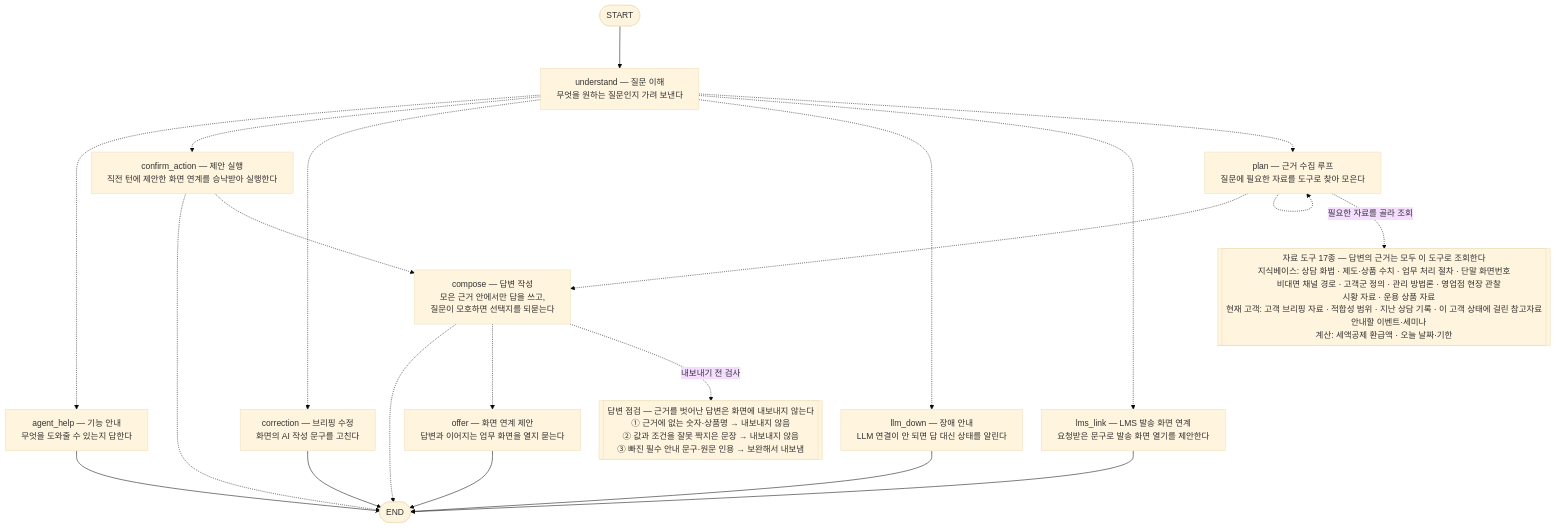
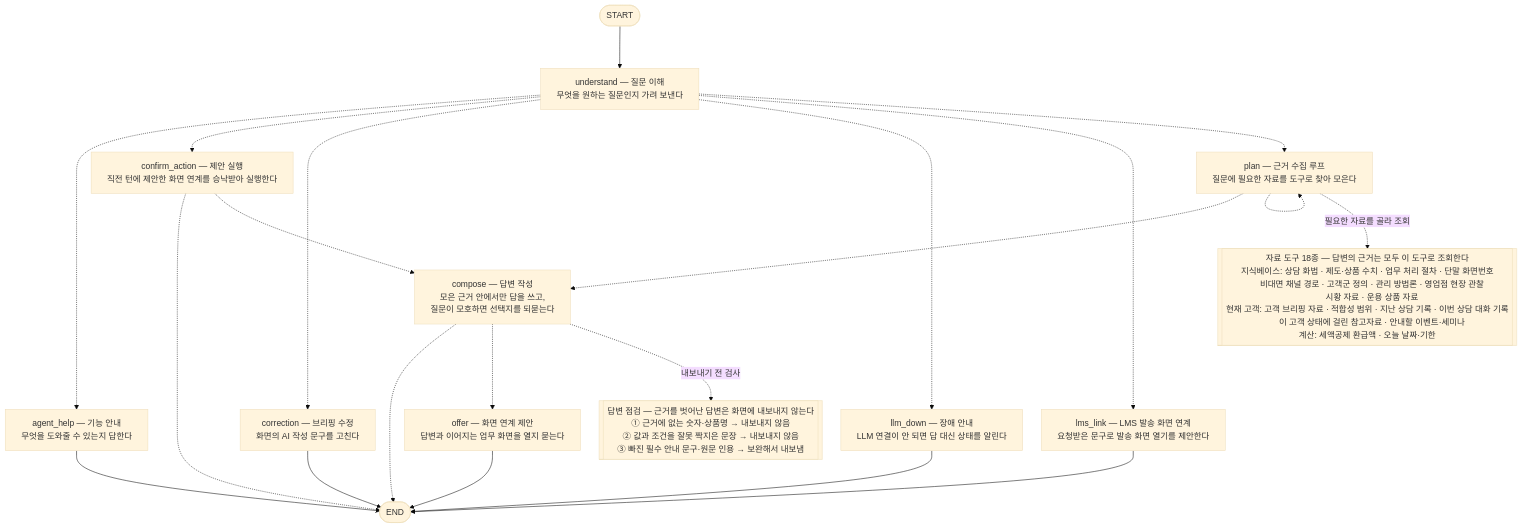
One commit to 09sunwoo-a/Pension_agent changed the diagram in src/pension_agent/consult_agent/README.md. Above: the diagram before and after it, drawn with Mermaid (base theme). The commit also changed other lines of this file and 12 other files, not shown here.

````diff
--- a/src/pension_agent/consult_agent/README.md
+++ b/src/pension_agent/consult_agent/README.md
@@ -177,37 +177,37 @@
 ```mermaid
 %%{init: {"flowchart": {"wrappingWidth": 800, "nodeSpacing": 35, "rankSpacing": 80}}}%%
 flowchart TD
     __start__([START])
     understand["understand — 질문 이해<br/>무엇을 원하는 질문인지 가려 보낸다"]
     agent_help["agent_help — 기능 안내<br/>무엇을 도와줄 수 있는지 답한다"]
     plan["plan — 근거 수집 루프<br/>질문에 필요한 자료를 도구로 찾아 모은다"]
     compose["compose — 답변 작성<br/>모은 근거 안에서만 답을 쓰고,<br/>질문이 모호하면 선택지를 되묻는다"]
     lms_link["lms_link — LMS 발송 화면 연계<br/>요청받은 문구로 발송 화면 열기를 제안한다"]
     correction["correction — 브리핑 수정<br/>화면의 AI 작성 문구를 고친다"]
     llm_down["llm_down — 장애 안내<br/>LLM 연결이 안 되면 답 대신 상태를 알린다"]
     confirm_action["confirm_action — 제안 실행<br/>직전 턴에 제안한 화면 연계를 승낙받아 실행한다"]
     offer["offer — 화면 연계 제안<br/>답변과 이어지는 업무 화면을 열지 묻는다"]
     __end__([END])
     __start__ --> understand
     compose -.-> __end__
     compose -.-> offer
     confirm_action -.-> __end__
     confirm_action -.-> compose
     plan -.-> compose
     plan -.-> plan
     understand -.-> agent_help
     understand -.-> confirm_action
     understand -.-> correction
     understand -.-> llm_down
     understand -.-> lms_link
     understand -.-> plan
     agent_help --> __end__
     correction --> __end__
     llm_down --> __end__
     lms_link --> __end__
     offer --> __end__
-    tools[["자료 도구 17종 — 답변의 근거는 모두 이 도구로 조회한다<br/>지식베이스: 상담 화법 · 제도·상품 수치 · 업무 처리 절차 · 단말 화면번호<br/>&nbsp;&nbsp;&nbsp;&nbsp;비대면 채널 경로 · 고객군 정의 · 관리 방법론 · 영업점 현장 관찰<br/>&nbsp;&nbsp;&nbsp;&nbsp;시황 자료 · 운용 상품 자료<br/>현재 고객: 고객 브리핑 자료 · 적합성 범위 · 지난 상담 기록 · 이 고객 상태에 걸린 참고자료<br/>&nbsp;&nbsp;&nbsp;&nbsp;안내할 이벤트·세미나<br/>계산: 세액공제 환급액 · 오늘 날짜·기한"]]
+    tools[["자료 도구 18종 — 답변의 근거는 모두 이 도구로 조회한다<br/>지식베이스: 상담 화법 · 제도·상품 수치 · 업무 처리 절차 · 단말 화면번호<br/>&nbsp;&nbsp;&nbsp;&nbsp;비대면 채널 경로 · 고객군 정의 · 관리 방법론 · 영업점 현장 관찰<br/>&nbsp;&nbsp;&nbsp;&nbsp;시황 자료 · 운용 상품 자료<br/>현재 고객: 고객 브리핑 자료 · 적합성 범위 · 지난 상담 기록 · 이번 상담 대화 기록<br/>&nbsp;&nbsp;&nbsp;&nbsp;이 고객 상태에 걸린 참고자료 · 안내할 이벤트·세미나<br/>계산: 세액공제 환급액 · 오늘 날짜·기한"]]
     plan -. "필요한 자료를 골라 조회" .-> tools
     gates[["답변 점검 — 근거를 벗어난 답변은 화면에 내보내지 않는다<br/>① 근거에 없는 숫자·상품명 → 내보내지 않음<br/>② 값과 조건을 잘못 짝지은 문장 → 내보내지 않음<br/>③ 빠진 필수 안내 문구·원문 인용 → 보완해서 내보냄"]]
     compose -. "내보내기 전 검사" .-> gates
 ```
````
